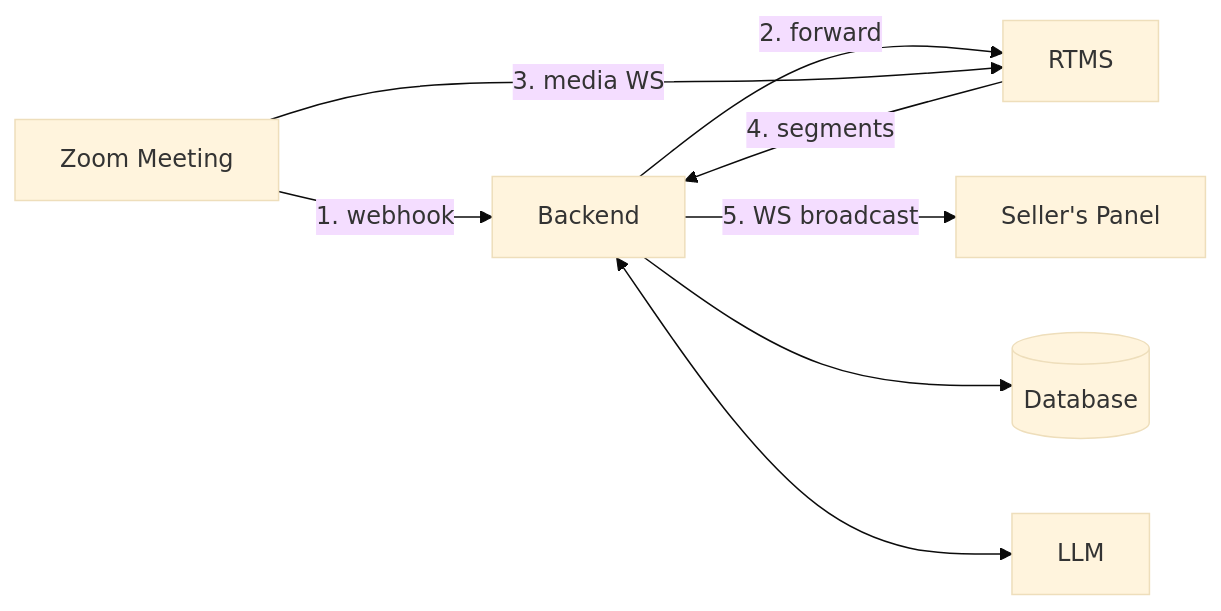
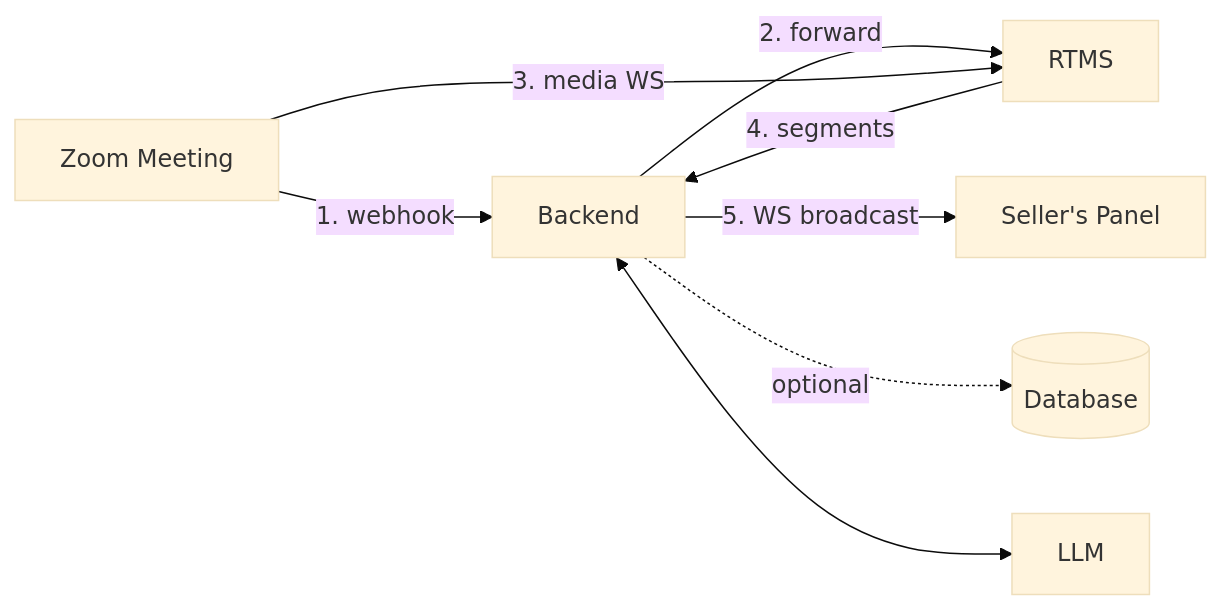
One commit to zoom/blueprints changed the diagram in blueprints/realtime-sales-coach/architecture.mmd. Above: the diagram before and after it, drawn with Mermaid (base theme). The commit also changed 1 other file, not shown here.

```diff
--- a/blueprints/realtime-sales-coach/architecture.mmd
+++ b/blueprints/realtime-sales-coach/architecture.mmd
@@ -1,9 +1,9 @@
 %% Keep this file in sync with the mermaid fence in index.md.
 graph LR
     Z[Zoom Meeting] -->|1. webhook| B[Backend]
     B -->|2. forward| R[RTMS]
     Z -->|3. media WS| R
     R -->|4. segments| B
     B -->|5. WS broadcast| P[Seller's Panel]
-    B --> D[(Database)]
+    B -.->|optional| D[(Database)]
     B <--> L[LLM]
```
